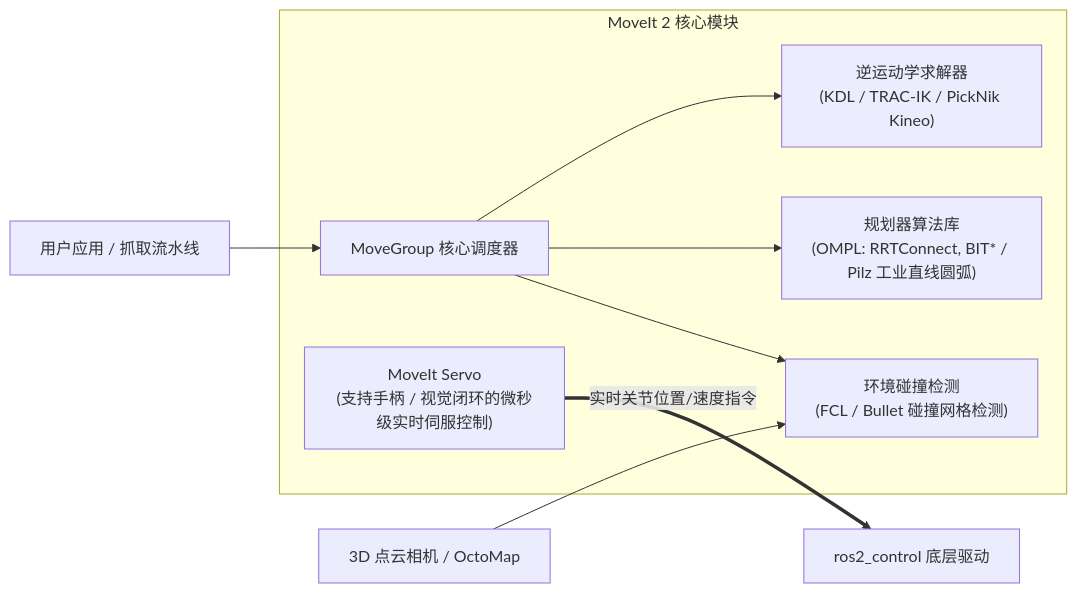
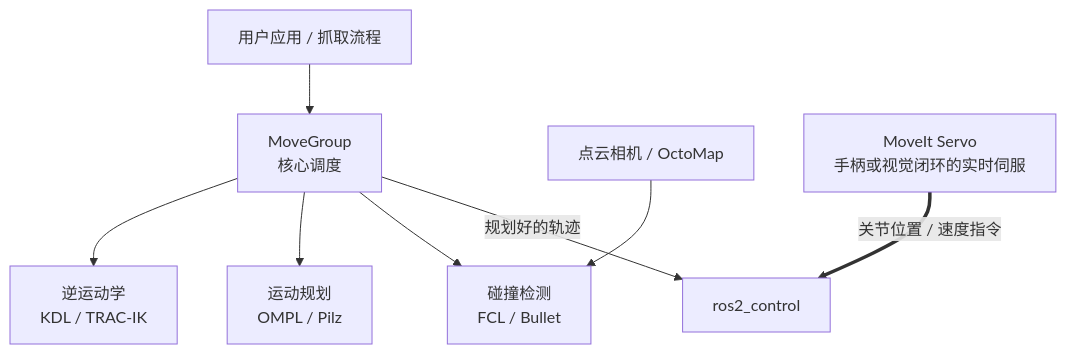
Diagram 18 of 21 in _posts/research/2026-03-05-ROS2-Survey.md (TingdeLiu/tingdeliu.github.io), drawn with Mermaid before and after one commit. The commit also changed other lines of this file, not shown here.

First line of the commit message:
Improve ROS 2 survey readability and fix technical errors

````diff
--- a/_posts/research/2026-03-05-ROS2-Survey.md
+++ b/_posts/research/2026-03-05-ROS2-Survey.md
@@ -1033,15 +928,10 @@
 ```mermaid
-flowchart LR
-    subgraph MoveIt2["MoveIt 2 核心模块"]
-        MG["MoveGroup 核心调度器"]
-        IK["逆运动学求解器<br/>(KDL / TRAC-IK / PickNik Kineo)"]
-        Plan["规划器算法库<br/>(OMPL: RRTConnect, BIT* / Pilz 工业直线圆弧)"]
-        Coll["环境碰撞检测<br/>(FCL / Bullet 碰撞网格检测)"]
-        Servo["MoveIt Servo<br/>(支持手柄 / 视觉闭环的微秒级实时伺服控制)"]
-    end
-
-    UserApp["用户应用 / 抓取流水线"] --> MG
-    SensorCloud["3D 点云相机 / OctoMap"] --> Coll
-    MG --> IK & Plan & Coll
-    Servo ==>|"实时关节位置/速度指令"| RosControl["ros2_control 底层驱动"]
+flowchart TB
+    UserApp["用户应用 / 抓取流程"] --> MG["MoveGroup<br/>核心调度"]
+    MG --> IK["逆运动学<br/>KDL / TRAC-IK"]
+    MG --> Plan["运动规划<br/>OMPL / Pilz"]
+    MG --> Coll["碰撞检测<br/>FCL / Bullet"]
+    SensorCloud["点云相机 / OctoMap"] --> Coll
+    Servo["MoveIt Servo<br/>手柄或视觉闭环的实时伺服"] ==>|关节位置 / 速度指令| RosControl["ros2_control"]
+    MG -->|规划好的轨迹| RosControl
 ```
````
